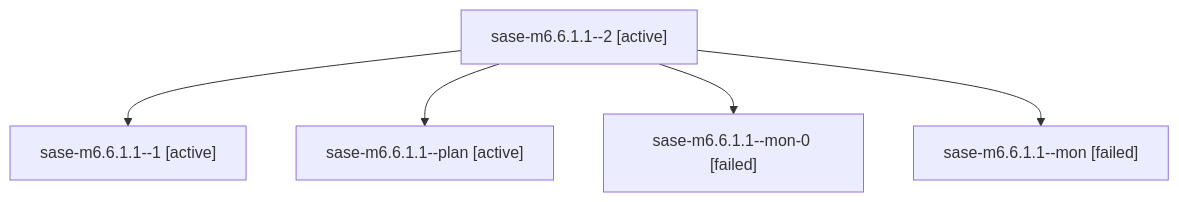
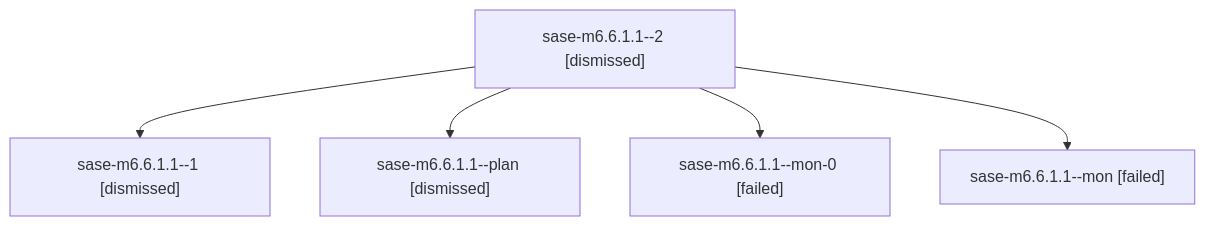
The diagram in sessions/bbugyi200.athena.sase-m6.6.1.1.md (sase-org/sase--agents), drawn with Mermaid before and after one commit. The commit also changed other lines of this file and 187 other files, not shown here.

````diff
--- a/sessions/bbugyi200.athena.sase-m6.6.1.1.md
+++ b/sessions/bbugyi200.athena.sase-m6.6.1.1.md
@@ -9,12 +9,12 @@
 ```mermaid
 flowchart TD
-  n0["sase-m6.6.1.1--2 [active]"]
-  n1["sase-m6.6.1.1--1 [active]"]
+  n0["sase-m6.6.1.1--2 [dismissed]"]
+  n1["sase-m6.6.1.1--1 [dismissed]"]
   n0 --> n1
-  n2["sase-m6.6.1.1--plan [active]"]
+  n2["sase-m6.6.1.1--plan [dismissed]"]
   n0 --> n2
   n3["sase-m6.6.1.1--mon-0 [failed]"]
   n0 --> n3
   n4["sase-m6.6.1.1--mon [failed]"]
   n0 --> n4
 ```
````
